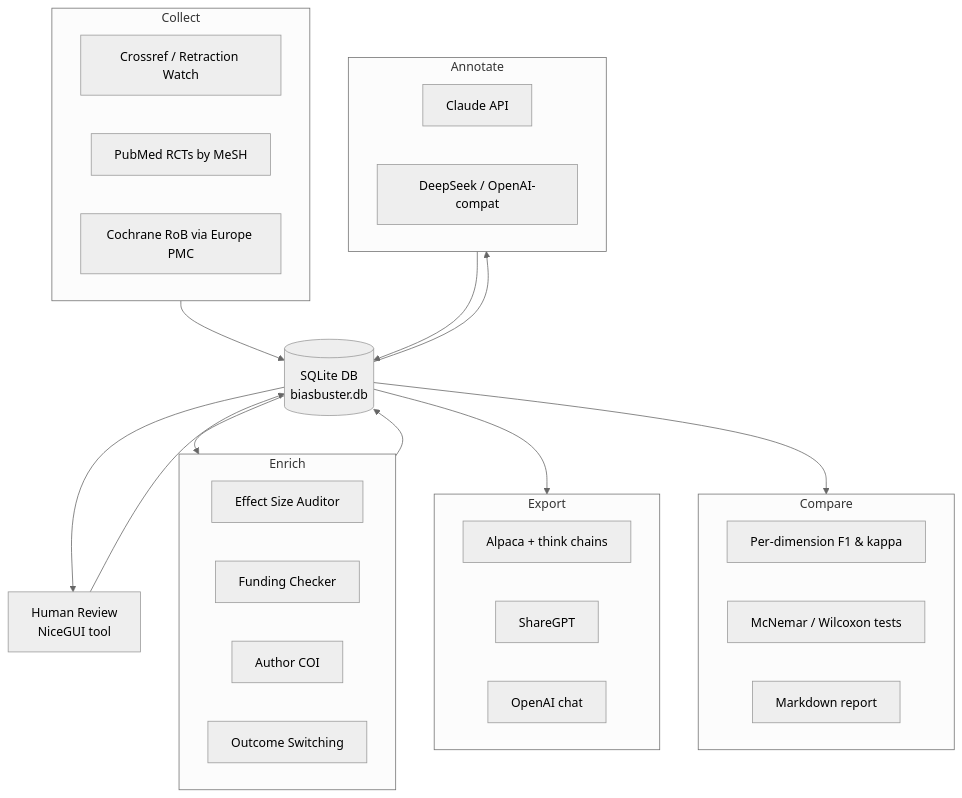
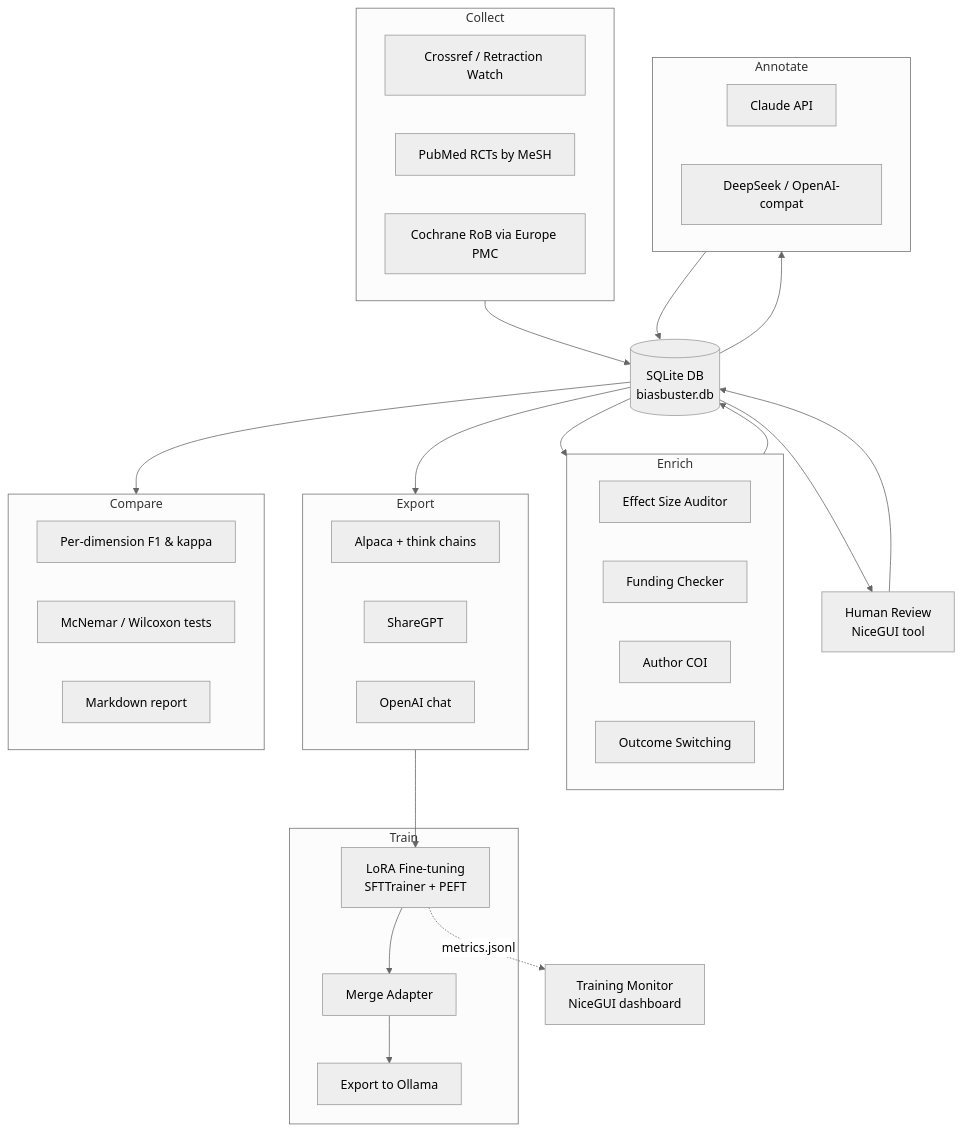
One commit to hherb/biasbuster changed the diagram in README.md. Above: the diagram before and after it, drawn with Mermaid (neutral theme). The commit also changed other lines of this file and 1 other file, not shown here.

First line of the commit message:
Update CLAUDE.md and README.md with training pipeline documentation

````diff
--- a/README.md
+++ b/README.md
@@ -171,43 +182,53 @@
 ```mermaid
 flowchart TD
     subgraph Collect
         C1[Crossref / Retraction Watch]
         C2[PubMed RCTs by MeSH]
         C3[Cochrane RoB via Europe PMC]
     end
 
     DB[(SQLite DB<br/>biasbuster.db)]
 
     subgraph Enrich
         E1[Effect Size Auditor]
         E2[Funding Checker]
         E3[Author COI]
         E4[Outcome Switching]
     end
 
     subgraph Annotate
         A1[Claude API]
         A2[DeepSeek / OpenAI-compat]
     end
 
     HR[Human Review<br/>NiceGUI tool]
 
     subgraph Export
         X1[Alpaca + think chains]
         X2[ShareGPT]
         X3[OpenAI chat]
     end
 
+    subgraph Train
+        T1[LoRA Fine-tuning<br/>SFTTrainer + PEFT]
+        T2[Merge Adapter]
+        T3[Export to Ollama]
+    end
+
+    TM[Training Monitor<br/>NiceGUI dashboard]
+
     subgraph Compare
         M1[Per-dimension F1 & kappa]
         M2[McNemar / Wilcoxon tests]
         M3[Markdown report]
     end
 
     Collect --> DB
     DB --> Enrich --> DB
     DB --> Annotate --> DB
     DB --> HR --> DB
     DB --> Export
+    Export --> T1 --> T2 --> T3
+    T1 -.->|metrics.jsonl| TM
     DB --> Compare
 ```
````
